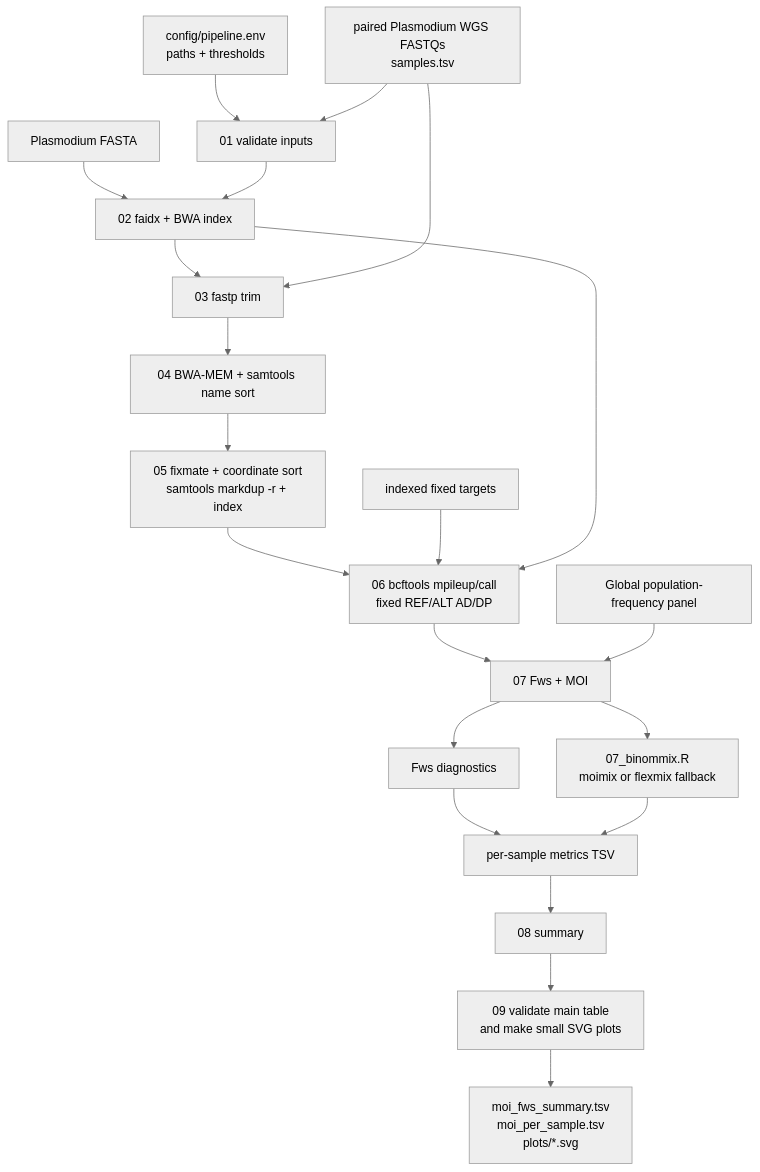
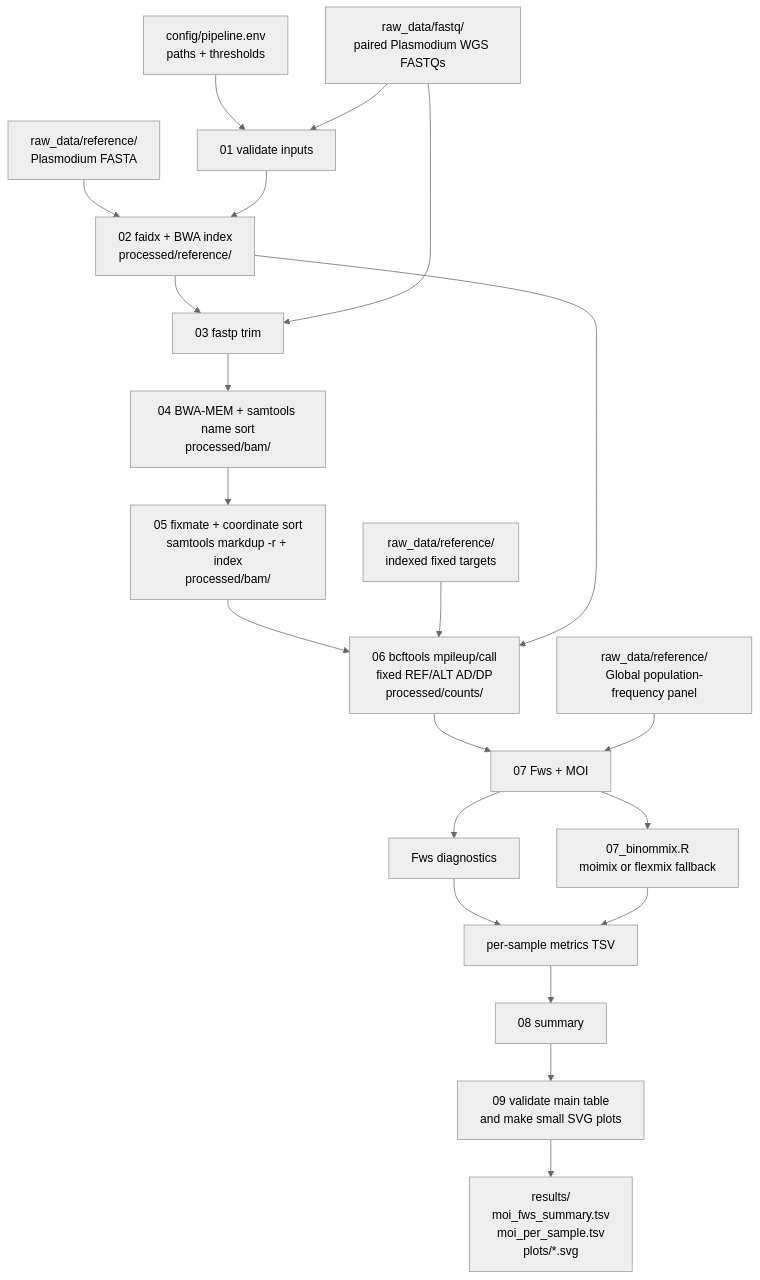
Before and after one commit to JMittelbach/moi_pipeline_wgs: the diagram in README.md, drawn with Mermaid (neutral theme). The commit also changed other lines of this file and 11 other files, not shown here.

Commit message:
Separate raw processed and result data

````diff
--- a/README.md
+++ b/README.md
@@ -306,23 +343,23 @@
 ```mermaid
 flowchart TD
     CFG[config/pipeline.env<br/>paths + thresholds] --> V[01 validate inputs]
-    READS[paired Plasmodium WGS FASTQs<br/>samples.tsv] --> V
-    REF[Plasmodium FASTA] --> IDX[02 faidx + BWA index]
+    READS[raw_data/fastq/<br/>paired Plasmodium WGS FASTQs] --> V
+    REF[raw_data/reference/<br/>Plasmodium FASTA] --> IDX[02 faidx + BWA index<br/>processed/reference/]
     V --> IDX
     IDX --> TRIM[03 fastp trim]
     READS --> TRIM
-    TRIM --> ALIGN[04 BWA-MEM + samtools name sort]
-    ALIGN --> DEDUP[05 fixmate + coordinate sort<br/>samtools markdup -r + index]
-    DEDUP --> COUNTS[06 bcftools mpileup/call<br/>fixed REF/ALT AD/DP]
-    TARGETS[indexed fixed targets] --> COUNTS
+    TRIM --> ALIGN[04 BWA-MEM + samtools name sort<br/>processed/bam/]
+    ALIGN --> DEDUP[05 fixmate + coordinate sort<br/>samtools markdup -r + index<br/>processed/bam/]
+    DEDUP --> COUNTS[06 bcftools mpileup/call<br/>fixed REF/ALT AD/DP<br/>processed/counts/]
+    TARGETS[raw_data/reference/<br/>indexed fixed targets] --> COUNTS
     IDX --> COUNTS
     COUNTS --> MET[07 Fws + MOI]
-    PANEL[Global population-frequency panel] --> MET
+    PANEL[raw_data/reference/<br/>Global population-frequency panel] --> MET
     MET --> FWS[Fws diagnostics]
     MET --> MIX[07_binommix.R<br/>moimix or flexmix fallback]
     FWS --> PER[per-sample metrics TSV]
     MIX --> PER
     PER --> SUMMARY[08 summary]
     SUMMARY --> CHECK[09 validate main table<br/>and make small SVG plots]
-    CHECK --> FINAL[moi_fws_summary.tsv<br/>moi_per_sample.tsv<br/>plots/*.svg]
+    CHECK --> FINAL[results/<br/>moi_fws_summary.tsv<br/>moi_per_sample.tsv<br/>plots/*.svg]
 ```
````
